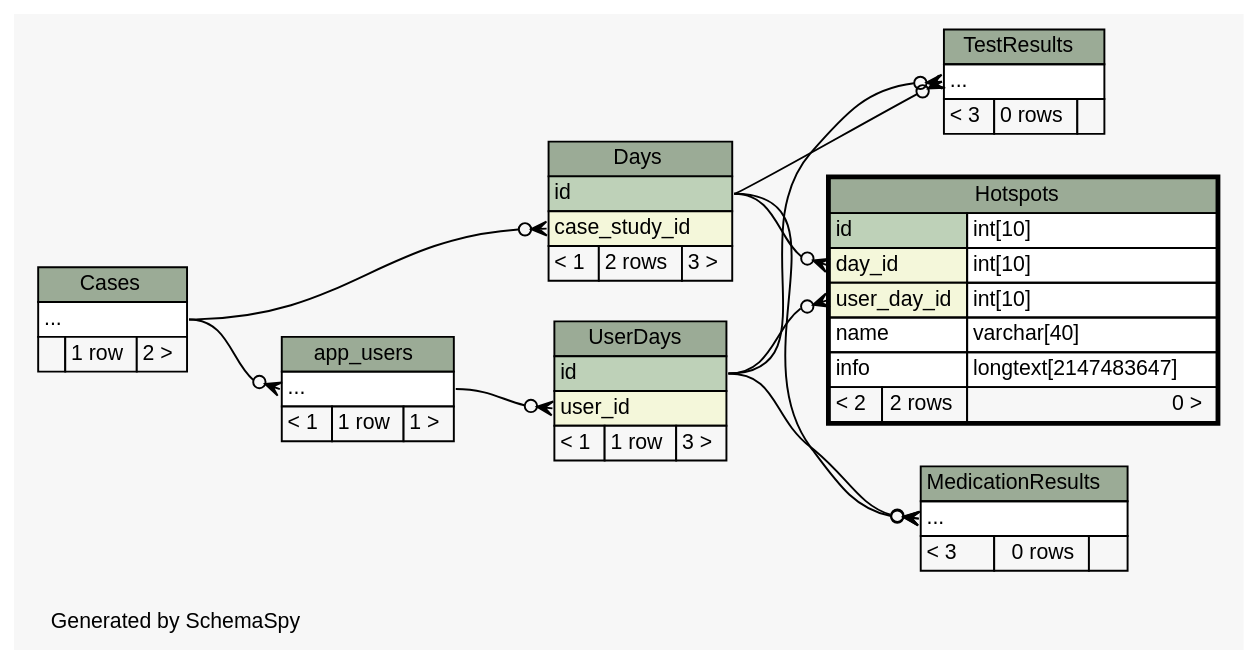
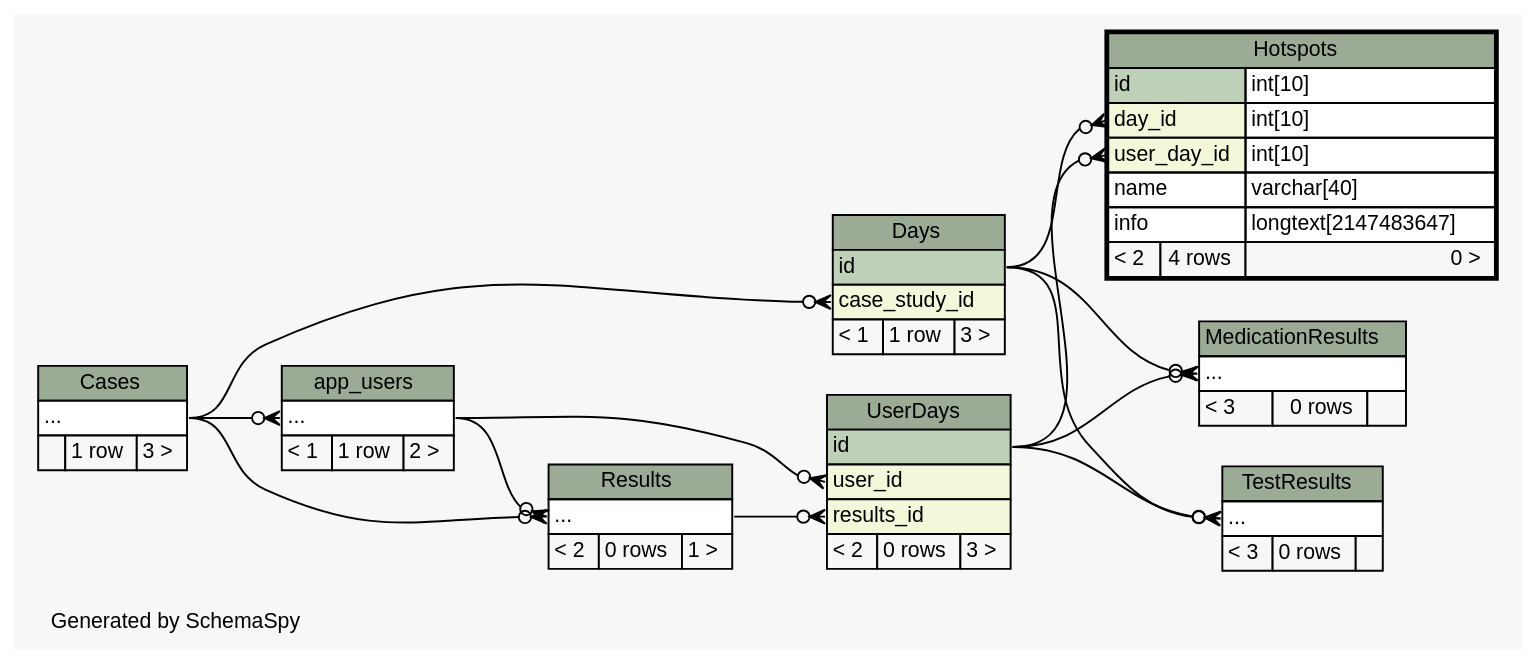
One commit to carrel2/CaseStudies changed the diagram in web/files/schema/diagrams/Hotspots.2degrees.dot. Above: the diagram before and after it, drawn with Graphviz. The commit also changed 175 other files, not shown here.

Commit message:
Create Results object to store completed cases in the database

```diff
--- a/web/files/schema/diagrams/Hotspots.2degrees.dot
+++ b/web/files/schema/diagrams/Hotspots.2degrees.dot
@@ -1,107 +1,121 @@
-// dot 2.38.0 on Linux 4.4.0-64-generic
+// dot 2.38.0 on Linux 4.4.0-66-generic
 // SchemaSpy rev 590
 digraph "twoDegreesRelationshipsDiagram" {
   graph [
     rankdir="RL"
     bgcolor="#f7f7f7"
     label="\nGenerated by SchemaSpy"
     labeljust="l"
     nodesep="0.18"
     ranksep="0.46"
     fontname="Helvetica"
     fontsize="11"
   ];
   node [
     fontname="Helvetica"
     fontsize="11"
     shape="plaintext"
   ];
   edge [
     arrowsize="0.8"
   ];
   "app_users":"elipses":w -> "Cases":"elipses":e [arrowhead=none dir=back arrowtail=crowodot];
   "Days":"case_study_id":w -> "Cases":"elipses":e [arrowhead=none dir=back arrowtail=crowodot];
   "Hotspots":"day_id":w -> "Days":"id":e [arrowhead=none dir=back arrowtail=crowodot];
   "Hotspots":"user_day_id":w -> "UserDays":"id":e [arrowhead=none dir=back arrowtail=crowodot];
   "MedicationResults":"elipses":w -> "Days":"id":e [arrowhead=none dir=back arrowtail=crowodot];
   "MedicationResults":"elipses":w -> "UserDays":"id":e [arrowhead=none dir=back arrowtail=crowodot];
+  "Results":"elipses":w -> "Cases":"elipses":e [arrowhead=none dir=back arrowtail=crowodot];
+  "Results":"elipses":w -> "app_users":"elipses":e [arrowhead=none dir=back arrowtail=crowodot];
   "TestResults":"elipses":w -> "Days":"id":e [arrowhead=none dir=back arrowtail=crowodot];
   "TestResults":"elipses":w -> "UserDays":"id":e [arrowhead=none dir=back arrowtail=crowodot];
+  "UserDays":"results_id":w -> "Results":"elipses":e [arrowhead=none dir=back arrowtail=crowodot];
   "UserDays":"user_id":w -> "app_users":"elipses":e [arrowhead=none dir=back arrowtail=crowodot];
   "app_users" [
     label=<
     <TABLE BORDER="0" CELLBORDER="1" CELLSPACING="0" BGCOLOR="#ffffff">
       <TR><TD COLSPAN="3" BGCOLOR="#9bab96" ALIGN="CENTER">app_users</TD></TR>
       <TR><TD PORT="elipses" COLSPAN="3" ALIGN="LEFT">...</TD></TR>
-      <TR><TD ALIGN="LEFT" BGCOLOR="#f7f7f7">&lt; 1</TD><TD ALIGN="RIGHT" BGCOLOR="#f7f7f7">1 row</TD><TD ALIGN="RIGHT" BGCOLOR="#f7f7f7">1 &gt;</TD></TR>
+      <TR><TD ALIGN="LEFT" BGCOLOR="#f7f7f7">&lt; 1</TD><TD ALIGN="RIGHT" BGCOLOR="#f7f7f7">1 row</TD><TD ALIGN="RIGHT" BGCOLOR="#f7f7f7">2 &gt;</TD></TR>
     </TABLE>>
     URL="app_users.html"
     tooltip="app_users"
   ];
   "Cases" [
     label=<
     <TABLE BORDER="0" CELLBORDER="1" CELLSPACING="0" BGCOLOR="#ffffff">
       <TR><TD COLSPAN="3" BGCOLOR="#9bab96" ALIGN="CENTER">Cases</TD></TR>
       <TR><TD PORT="elipses" COLSPAN="3" ALIGN="LEFT">...</TD></TR>
-      <TR><TD ALIGN="LEFT" BGCOLOR="#f7f7f7">  </TD><TD ALIGN="RIGHT" BGCOLOR="#f7f7f7">1 row</TD><TD ALIGN="RIGHT" BGCOLOR="#f7f7f7">2 &gt;</TD></TR>
+      <TR><TD ALIGN="LEFT" BGCOLOR="#f7f7f7">  </TD><TD ALIGN="RIGHT" BGCOLOR="#f7f7f7">1 row</TD><TD ALIGN="RIGHT" BGCOLOR="#f7f7f7">3 &gt;</TD></TR>
     </TABLE>>
     URL="Cases.html"
     tooltip="Cases"
   ];
   "Days" [
     label=<
     <TABLE BORDER="0" CELLBORDER="1" CELLSPACING="0" BGCOLOR="#ffffff">
       <TR><TD COLSPAN="3" BGCOLOR="#9bab96" ALIGN="CENTER">Days</TD></TR>
       <TR><TD PORT="id" COLSPAN="3" BGCOLOR="#bed1b8" ALIGN="LEFT">id</TD></TR>
       <TR><TD PORT="case_study_id" COLSPAN="3" BGCOLOR="#f4f7da" ALIGN="LEFT">case_study_id</TD></TR>
-      <TR><TD ALIGN="LEFT" BGCOLOR="#f7f7f7">&lt; 1</TD><TD ALIGN="RIGHT" BGCOLOR="#f7f7f7">2 rows</TD><TD ALIGN="RIGHT" BGCOLOR="#f7f7f7">3 &gt;</TD></TR>
+      <TR><TD ALIGN="LEFT" BGCOLOR="#f7f7f7">&lt; 1</TD><TD ALIGN="RIGHT" BGCOLOR="#f7f7f7">1 row</TD><TD ALIGN="RIGHT" BGCOLOR="#f7f7f7">3 &gt;</TD></TR>
     </TABLE>>
     URL="Days.html"
     tooltip="Days"
   ];
   "Hotspots" [
     label=<
     <TABLE BORDER="2" CELLBORDER="1" CELLSPACING="0" BGCOLOR="#ffffff">
       <TR><TD COLSPAN="3" BGCOLOR="#9bab96" ALIGN="CENTER">Hotspots</TD></TR>
       <TR><TD PORT="id" COLSPAN="2" BGCOLOR="#bed1b8" ALIGN="LEFT">id</TD><TD PORT="id.type" ALIGN="LEFT">int[10]</TD></TR>
       <TR><TD PORT="day_id" COLSPAN="2" BGCOLOR="#f4f7da" ALIGN="LEFT">day_id</TD><TD PORT="day_id.type" ALIGN="LEFT">int[10]</TD></TR>
       <TR><TD PORT="user_day_id" COLSPAN="2" BGCOLOR="#f4f7da" ALIGN="LEFT">user_day_id</TD><TD PORT="user_day_id.type" ALIGN="LEFT">int[10]</TD></TR>
       <TR><TD PORT="name" COLSPAN="2" ALIGN="LEFT">name</TD><TD PORT="name.type" ALIGN="LEFT">varchar[40]</TD></TR>
       <TR><TD PORT="info" COLSPAN="2" ALIGN="LEFT">info</TD><TD PORT="info.type" ALIGN="LEFT">longtext[2147483647]</TD></TR>
-      <TR><TD ALIGN="LEFT" BGCOLOR="#f7f7f7">&lt; 2</TD><TD ALIGN="RIGHT" BGCOLOR="#f7f7f7">2 rows</TD><TD ALIGN="RIGHT" BGCOLOR="#f7f7f7">0 &gt;</TD></TR>
+      <TR><TD ALIGN="LEFT" BGCOLOR="#f7f7f7">&lt; 2</TD><TD ALIGN="RIGHT" BGCOLOR="#f7f7f7">4 rows</TD><TD ALIGN="RIGHT" BGCOLOR="#f7f7f7">0 &gt;</TD></TR>
     </TABLE>>
     URL="Hotspots.html"
     tooltip="Hotspots"
   ];
   "MedicationResults" [
     label=<
     <TABLE BORDER="0" CELLBORDER="1" CELLSPACING="0" BGCOLOR="#ffffff">
       <TR><TD COLSPAN="3" BGCOLOR="#9bab96" ALIGN="CENTER">MedicationResults</TD></TR>
       <TR><TD PORT="elipses" COLSPAN="3" ALIGN="LEFT">...</TD></TR>
       <TR><TD ALIGN="LEFT" BGCOLOR="#f7f7f7">&lt; 3</TD><TD ALIGN="RIGHT" BGCOLOR="#f7f7f7">0 rows</TD><TD ALIGN="RIGHT" BGCOLOR="#f7f7f7">  </TD></TR>
     </TABLE>>
     URL="MedicationResults.html"
     tooltip="MedicationResults"
+  ];
+  "Results" [
+    label=<
+    <TABLE BORDER="0" CELLBORDER="1" CELLSPACING="0" BGCOLOR="#ffffff">
+      <TR><TD COLSPAN="3" BGCOLOR="#9bab96" ALIGN="CENTER">Results</TD></TR>
+      <TR><TD PORT="elipses" COLSPAN="3" ALIGN="LEFT">...</TD></TR>
+      <TR><TD ALIGN="LEFT" BGCOLOR="#f7f7f7">&lt; 2</TD><TD ALIGN="RIGHT" BGCOLOR="#f7f7f7">0 rows</TD><TD ALIGN="RIGHT" BGCOLOR="#f7f7f7">1 &gt;</TD></TR>
+    </TABLE>>
+    URL="Results.html"
+    tooltip="Results"
   ];
   "TestResults" [
     label=<
     <TABLE BORDER="0" CELLBORDER="1" CELLSPACING="0" BGCOLOR="#ffffff">
       <TR><TD COLSPAN="3" BGCOLOR="#9bab96" ALIGN="CENTER">TestResults</TD></TR>
       <TR><TD PORT="elipses" COLSPAN="3" ALIGN="LEFT">...</TD></TR>
       <TR><TD ALIGN="LEFT" BGCOLOR="#f7f7f7">&lt; 3</TD><TD ALIGN="RIGHT" BGCOLOR="#f7f7f7">0 rows</TD><TD ALIGN="RIGHT" BGCOLOR="#f7f7f7">  </TD></TR>
     </TABLE>>
     URL="TestResults.html"
     tooltip="TestResults"
   ];
   "UserDays" [
     label=<
     <TABLE BORDER="0" CELLBORDER="1" CELLSPACING="0" BGCOLOR="#ffffff">
       <TR><TD COLSPAN="3" BGCOLOR="#9bab96" ALIGN="CENTER">UserDays</TD></TR>
       <TR><TD PORT="id" COLSPAN="3" BGCOLOR="#bed1b8" ALIGN="LEFT">id</TD></TR>
       <TR><TD PORT="user_id" COLSPAN="3" BGCOLOR="#f4f7da" ALIGN="LEFT">user_id</TD></TR>
-      <TR><TD ALIGN="LEFT" BGCOLOR="#f7f7f7">&lt; 1</TD><TD ALIGN="RIGHT" BGCOLOR="#f7f7f7">1 row</TD><TD ALIGN="RIGHT" BGCOLOR="#f7f7f7">3 &gt;</TD></TR>
+      <TR><TD PORT="results_id" COLSPAN="3" BGCOLOR="#f4f7da" ALIGN="LEFT">results_id</TD></TR>
+      <TR><TD ALIGN="LEFT" BGCOLOR="#f7f7f7">&lt; 2</TD><TD ALIGN="RIGHT" BGCOLOR="#f7f7f7">0 rows</TD><TD ALIGN="RIGHT" BGCOLOR="#f7f7f7">3 &gt;</TD></TR>
     </TABLE>>
     URL="UserDays.html"
     tooltip="UserDays"
   ];
 }
```
